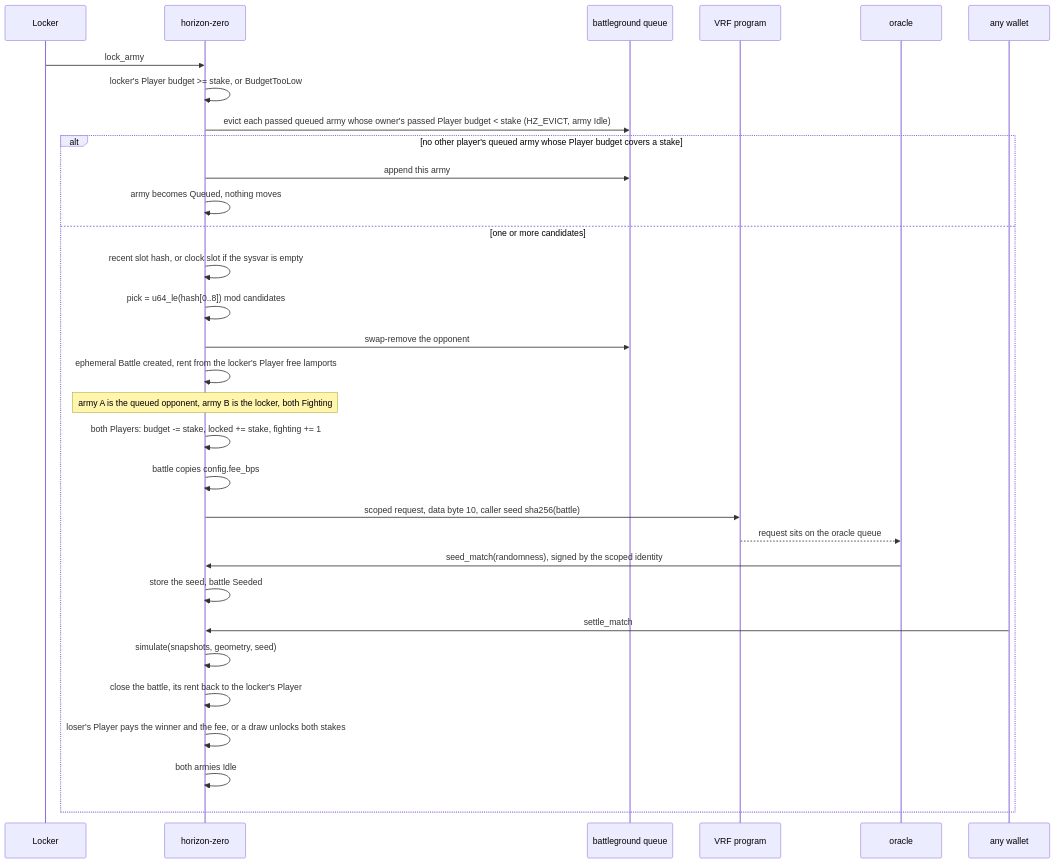
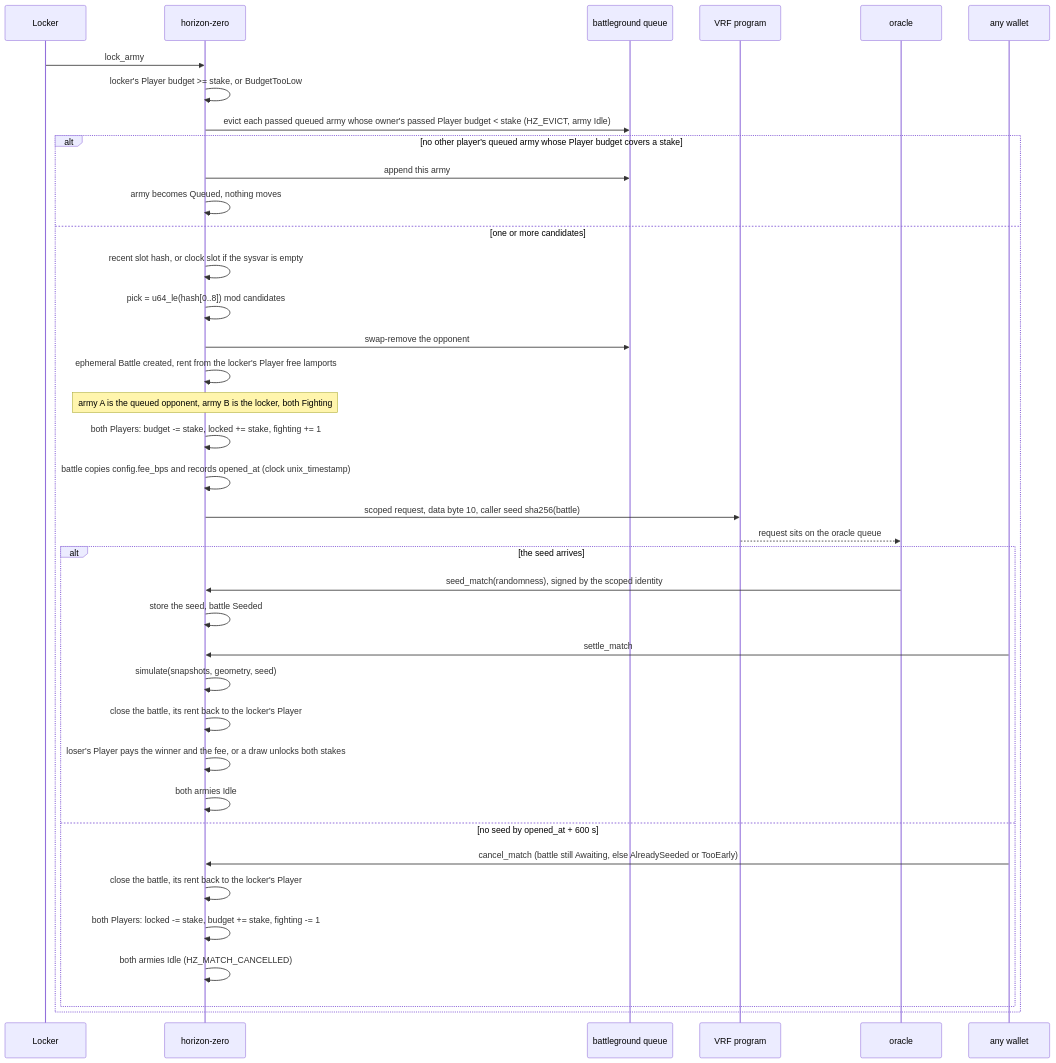
The first of 4 diagrams in docs/src/matchmaking.md (Dodecahedr0x/horizon-zero), drawn with Mermaid before and after one commit. The commit also changed other lines of this file and 8 other files, not shown here.

Commit message:
feat: cancel_match ends a battle whose VRF seed never arrived

````diff
--- a/docs/src/matchmaking.md
+++ b/docs/src/matchmaking.md
@@ -5,33 +5,40 @@
 ```mermaid
 sequenceDiagram
   participant Locker
   participant Program as horizon-zero
   participant Queue as battleground queue
   participant VRF as VRF program
   participant Oracle as oracle
   participant Anyone as any wallet
   Locker->>Program: lock_army
   Program->>Program: locker's Player budget >= stake, or BudgetTooLow
   Program->>Queue: evict each passed queued army whose owner's passed Player budget < stake (HZ_EVICT, army Idle)
   alt no other player's queued army whose Player budget covers a stake
     Program->>Queue: append this army
     Program->>Program: army becomes Queued, nothing moves
   else one or more candidates
     Program->>Program: recent slot hash, or clock slot if the sysvar is empty
     Program->>Program: pick = u64_le(hash[0..8]) mod candidates
     Program->>Queue: swap-remove the opponent
     Program->>Program: ephemeral Battle created, rent from the locker's Player free lamports
     Note over Program: army A is the queued opponent, army B is the locker, both Fighting
     Program->>Program: both Players: budget -= stake, locked += stake, fighting += 1
-    Program->>Program: battle copies config.fee_bps
+    Program->>Program: battle copies config.fee_bps and records opened_at (clock unix_timestamp)
     Program->>VRF: scoped request, data byte 10, caller seed sha256(battle)
     VRF-->>Oracle: request sits on the oracle queue
-    Oracle->>Program: seed_match(randomness), signed by the scoped identity
-    Program->>Program: store the seed, battle Seeded
-    Anyone->>Program: settle_match
-    Program->>Program: simulate(snapshots, geometry, seed)
-    Program->>Program: close the battle, its rent back to the locker's Player
-    Program->>Program: loser's Player pays the winner and the fee, or a draw unlocks both stakes
-    Program->>Program: both armies Idle
+    alt the seed arrives
+      Oracle->>Program: seed_match(randomness), signed by the scoped identity
+      Program->>Program: store the seed, battle Seeded
+      Anyone->>Program: settle_match
+      Program->>Program: simulate(snapshots, geometry, seed)
+      Program->>Program: close the battle, its rent back to the locker's Player
+      Program->>Program: loser's Player pays the winner and the fee, or a draw unlocks both stakes
+      Program->>Program: both armies Idle
+    else no seed by opened_at + 600 s
+      Anyone->>Program: cancel_match (battle still Awaiting, else AlreadySeeded or TooEarly)
+      Program->>Program: close the battle, its rent back to the locker's Player
+      Program->>Program: both Players: locked -= stake, budget += stake, fighting -= 1
+      Program->>Program: both armies Idle (HZ_MATCH_CANCELLED)
+    end
   end
 ```
````
